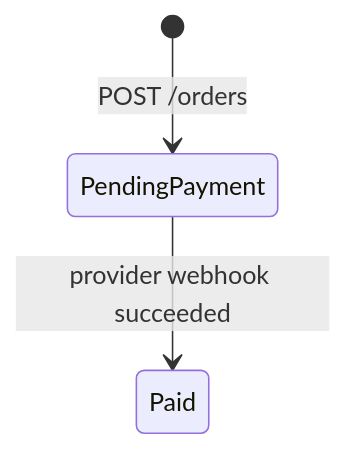
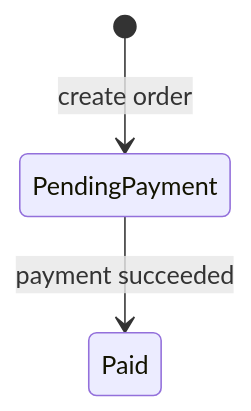
One commit to haoyucheng369-gif/payment-reliability changed the third of 4 diagrams in README.md. Above: the diagram before and after it, drawn with Mermaid. The commit also changed other lines of this file, not shown here.

````diff
--- a/README.md
+++ b/README.md
@@ -95,5 +71,5 @@
 ```mermaid
 stateDiagram-v2
-    [*] --> PendingPayment: POST /orders
-    PendingPayment --> Paid: provider webhook succeeded
+    [*] --> PendingPayment: create order
+    PendingPayment --> Paid: payment succeeded
 ```
````
